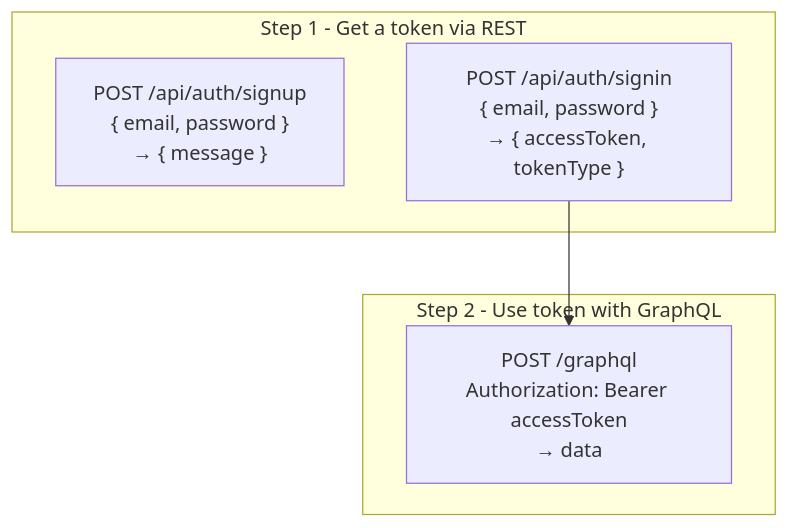
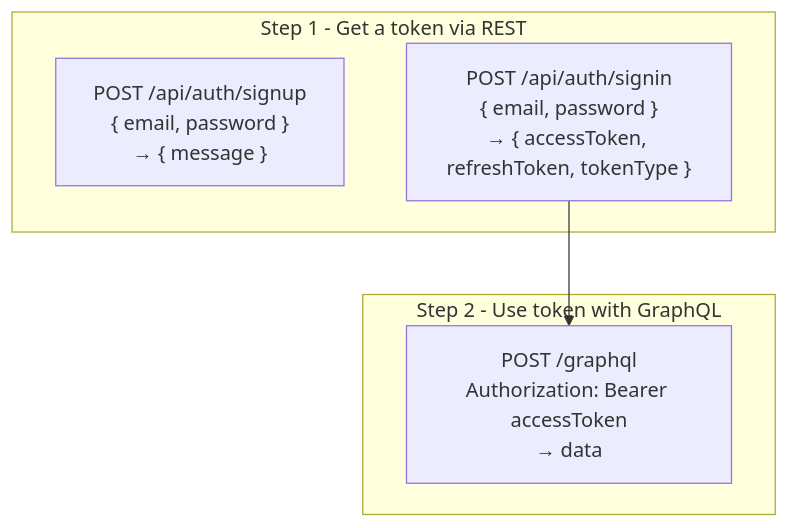
Before and after one commit to dev-personal-projects/vela: the first of 6 diagrams in docs/lessons/LESSON-6-authentication-and-security.md, drawn with Mermaid. The commit also changed other lines of this file and 7 other files, not shown here.

First line of the commit message:
✨ feat: update sign-in response to include refresh token and token type

````diff
--- a/docs/lessons/LESSON-6-authentication-and-security.md
+++ b/docs/lessons/LESSON-6-authentication-and-security.md
@@ -7,13 +7,13 @@
 ```mermaid
 flowchart TB
     subgraph Step 1 - Get a token via REST
         SIGNUP["POST /api/auth/signup\n{ email, password }\n→ { message }"]
-        SIGNIN["POST /api/auth/signin\n{ email, password }\n→ { accessToken, tokenType }"]
+        SIGNIN["POST /api/auth/signin\n{ email, password }\n→ { accessToken, refreshToken, tokenType }"]
     end
 
     subgraph Step 2 - Use token with GraphQL
         GQL["POST /graphql\nAuthorization: Bearer accessToken\n→ data"]
     end
 
     SIGNIN --> GQL
 ```
````
